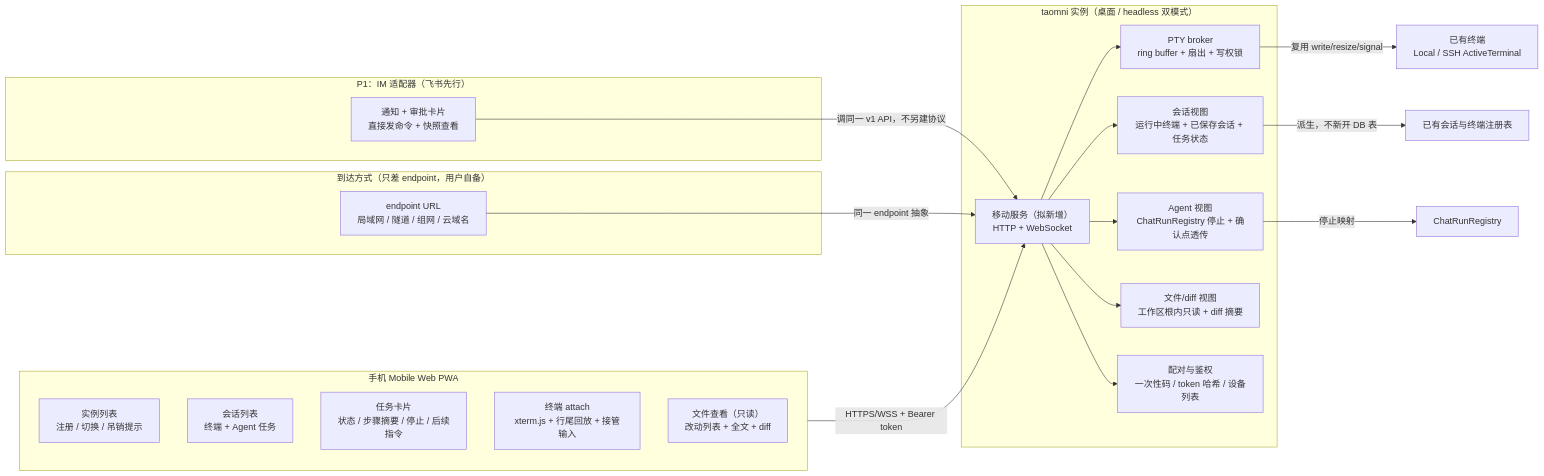
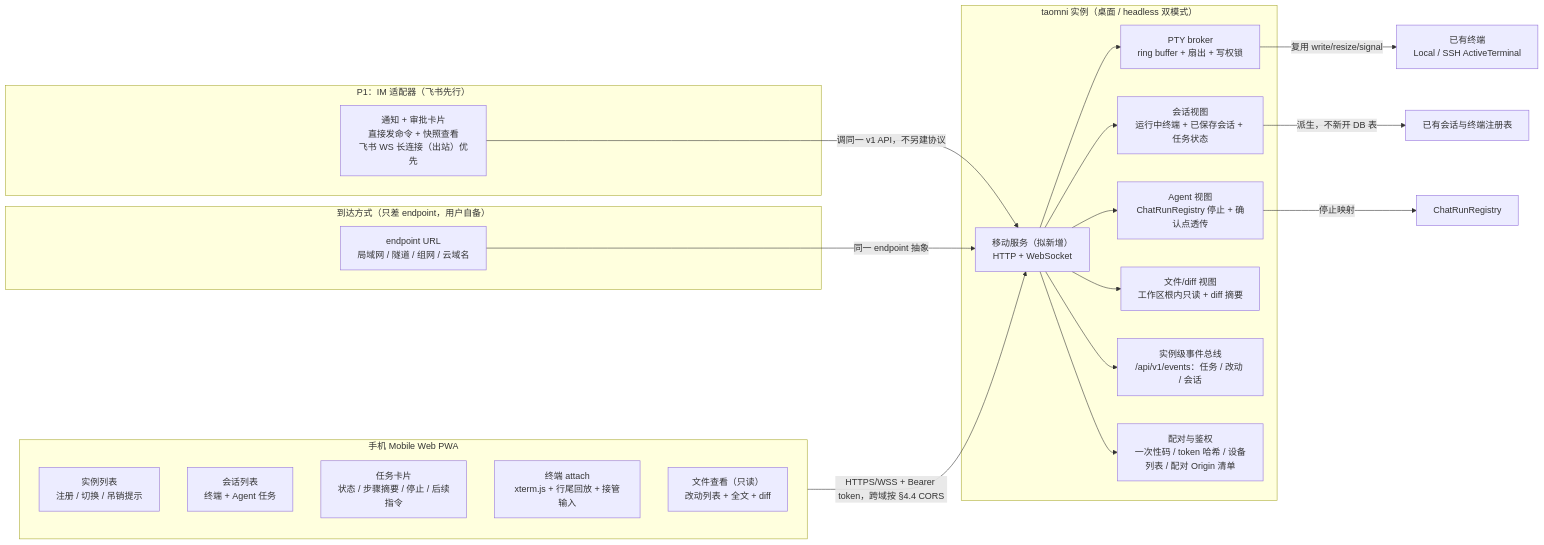
One commit to engcapa/taomni changed the diagram in docs-feature/mobile-remote-p0-design.md. Above: the diagram before and after it, drawn with Mermaid. The commit also changed other lines of this file, not shown here.

First line of the commit message:
docs(mobile): address review feedback on P0 mobile remote design

````diff
--- a/docs-feature/mobile-remote-p0-design.md
+++ b/docs-feature/mobile-remote-p0-design.md
@@ -73,31 +74,32 @@
 ```mermaid
 flowchart LR
   subgraph Mobile["手机 Mobile Web PWA"]
     IL["实例列表<br/>注册 / 切换 / 吊销提示"]
     SL["会话列表<br/>终端 + Agent 任务"]
     TC["任务卡片<br/>状态 / 步骤摘要 / 停止 / 后续指令"]
     TV["终端 attach<br/>xterm.js + 行尾回放 + 接管输入"]
     FV["文件查看（只读）<br/>改动列表 + 全文 + diff"]
   end
   subgraph Instance["taomni 实例（桌面 / headless 双模式）"]
     MS["移动服务（拟新增）<br/>HTTP + WebSocket"]
     PB["PTY broker<br/>ring buffer + 扇出 + 写权锁"]
     SV["会话视图<br/>运行中终端 + 已保存会话 + 任务状态"]
     AV["Agent 视图<br/>ChatRunRegistry 停止 + 确认点透传"]
     FV2["文件/diff 视图<br/>工作区根内只读 + diff 摘要"]
-    PR["配对与鉴权<br/>一次性码 / token 哈希 / 设备列表"]
+    EV["实例级事件总线<br/>/api/v1/events：任务 / 改动 / 会话"]
+    PR["配对与鉴权<br/>一次性码 / token 哈希 / 设备列表 / 配对 Origin 清单"]
   end
   subgraph IM["P1：IM 适配器（飞书先行）"]
-    IMN["通知 + 审批卡片<br/>直接发命令 + 快照查看"]
+    IMN["通知 + 审批卡片<br/>直接发命令 + 快照查看<br/>飞书 WS 长连接（出站）优先"]
   end
   subgraph Reach["到达方式（只差 endpoint，用户自备）"]
     EP["endpoint URL<br/>局域网 / 隧道 / 组网 / 云域名"]
   end
-  Mobile -->|"HTTPS/WSS + Bearer token"| MS
+  Mobile -->|"HTTPS/WSS + Bearer token，跨域按 §4.4 CORS"| MS
   IMN -->|"调同一 v1 API，不另建协议"| MS
-  MS --> PB & SV & AV & FV2 & PR
+  MS --> PB & SV & AV & FV2 & EV & PR
   PB -->|"复用 write/resize/signal"| PTY["已有终端<br/>Local / SSH ActiveTerminal"]
   SV -->|"派生，不新开 DB 表"| SESS["已有会话与终端注册表"]
   AV -->|"停止映射"| RUN["ChatRunRegistry"]
   EP -->|"同一 endpoint 抽象"| MS
 ```
````
